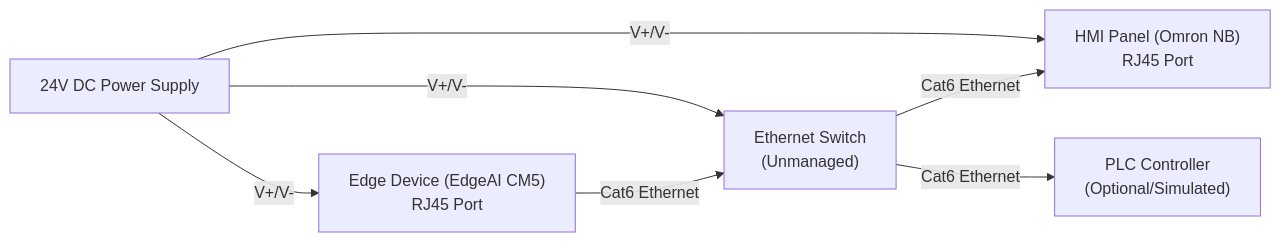
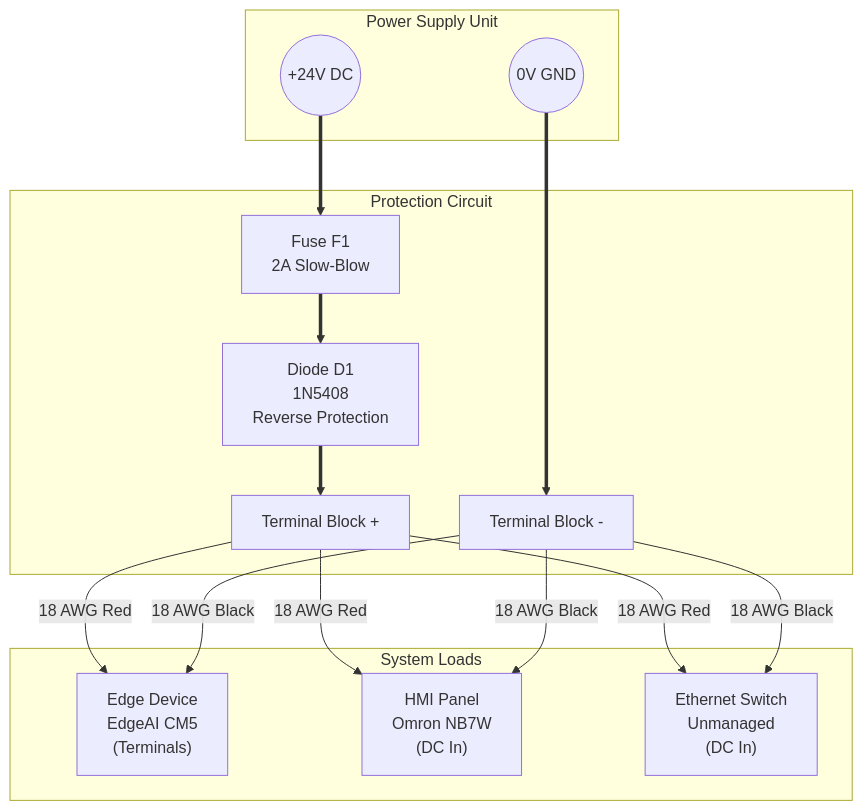
The first of 7 diagrams in docs/PROPOSED_METHOD_SOLUTION.md (Josan88/Electronic-Medication-Administration-Record), drawn with Mermaid before and after one commit. The commit also changed other lines of this file, not shown here.

Commit message:
Update electrical connection schematic and component specifications in documentation

````diff
--- a/docs/PROPOSED_METHOD_SOLUTION.md
+++ b/docs/PROPOSED_METHOD_SOLUTION.md
@@ -76,9 +76,33 @@
 ```mermaid
-graph LR
-    Edge["Edge Device (EdgeAI CM5)<br/>RJ45 Port"] -- "Cat6 Ethernet" --> Switch["Ethernet Switch<br/>(Unmanaged)"]
-    Switch -- "Cat6 Ethernet" --> HMI["HMI Panel (Omron NB)<br/>RJ45 Port"]
-    Switch -- "Cat6 Ethernet" --> PLC["PLC Controller<br/>(Optional/Simulated)"]
-    Power["24V DC Power Supply"] -- "V+/V-" --> Edge
-    Power -- "V+/V-" --> HMI
-    Power -- "V+/V-" --> Switch
+graph TD
+    subgraph PowerSource ["Power Supply Unit"]
+        VCC(("+24V DC"))
+        GND(("0V GND"))
+    end
+
+    subgraph Protection ["Protection Circuit"]
+        F1["Fuse F1<br/>2A Slow-Blow"]
+        D1["Diode D1<br/>1N5408<br/>Reverse Protection"]
+        TB_V["Terminal Block +"]
+        TB_G["Terminal Block -"]
+    end
+
+    subgraph Loads ["System Loads"]
+        CM5["Edge Device<br/>EdgeAI CM5<br/>(Terminals)"]
+        HMI["HMI Panel<br/>Omron NB7W<br/>(DC In)"]
+        SW["Ethernet Switch<br/>Unmanaged<br/>(DC In)"]
+    end
+
+    VCC ==> F1
+    F1 ==> D1
+    D1 ==> TB_V
+    GND ==> TB_G
+
+    TB_V -- "18 AWG Red" --> CM5
+    TB_V -- "18 AWG Red" --> HMI
+    TB_V -- "18 AWG Red" --> SW
+
+    TB_G -- "18 AWG Black" --> CM5
+    TB_G -- "18 AWG Black" --> HMI
+    TB_G -- "18 AWG Black" --> SW
 ```
````
